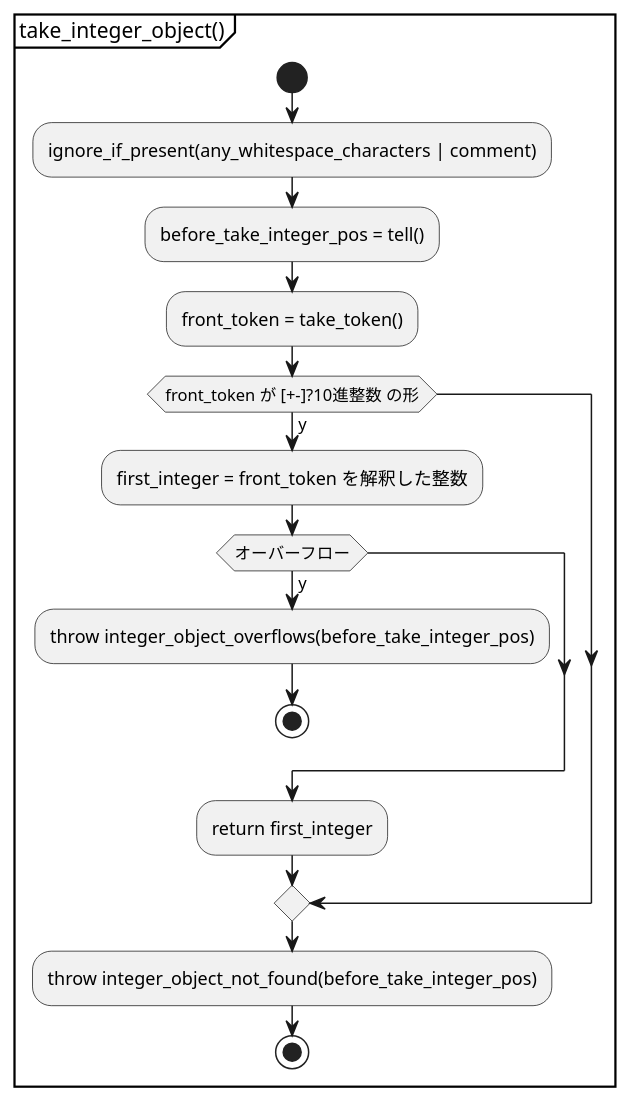
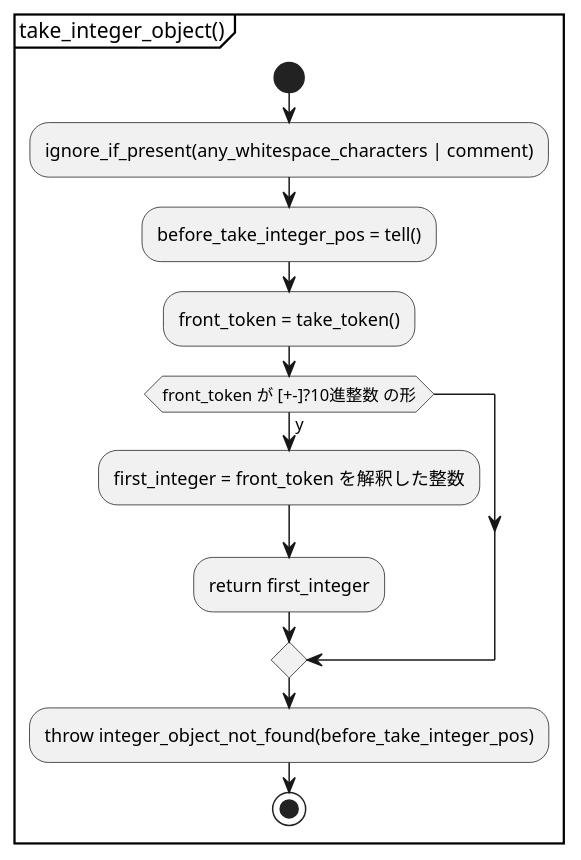
One commit to KodaiYM/PDFReader changed the third of 15 diagrams in document/document_reader/ipdfstream/object_stream/object_stream.activity.pu. Above: the diagram before and after it, drawn with PlantUML. The commit also changed 28 other files, not shown here.

```diff
--- a/document/document_reader/ipdfstream/object_stream/object_stream.activity.pu
+++ b/document/document_reader/ipdfstream/object_stream/object_stream.activity.pu
@@ -105,20 +105,16 @@
 @startuml take_integer_object
 partition "take_integer_object()" {
 start
 	:ignore_if_present(any_whitespace_characters | comment);
 	:before_take_integer_pos = tell();
 	:front_token = take_token();
 
 	if (front_token が [+-]?10進整数 の形) then (y)
 		:first_integer = front_token を解釈した整数;
-		if (オーバーフロー) then (y)
-			:throw integer_object_overflows(before_take_integer_pos);
-			stop
-		endif
 		:return first_integer;
 	endif
 
 	:throw integer_object_not_found(before_take_integer_pos);
 stop
 }
 @enduml
```
